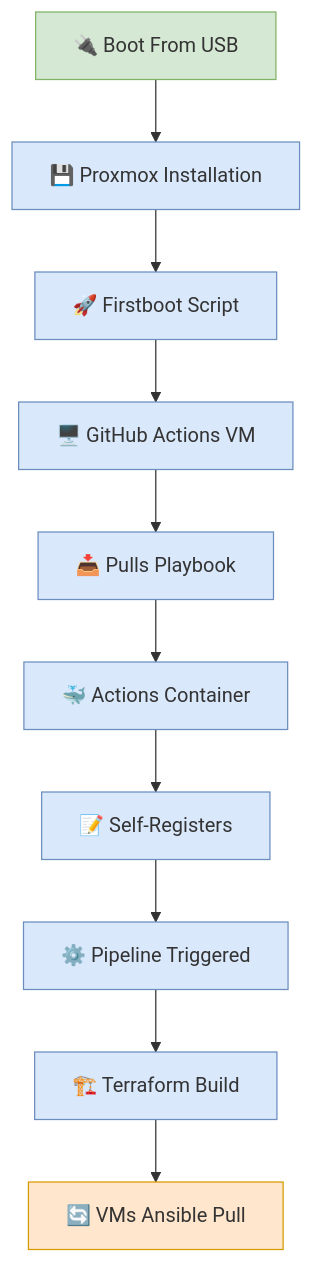
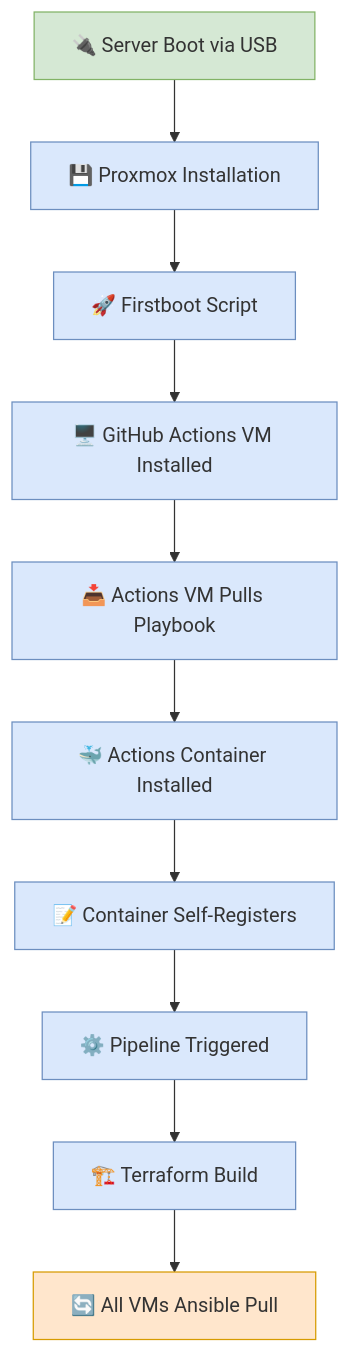
One commit to tekore/HomeOps changed the diagram in README.md. Above: the diagram before and after it, drawn with Mermaid.

Commit message:
README graph updates

````diff
--- a/README.md
+++ b/README.md
@@ -14,28 +14,24 @@
 ```mermaid
 flowchart TD
-    Boot["🔌 Boot From USB"] --> Proxmox["💾 Proxmox Installation"]
+    Boot["🔌 Server Boot via USB"] --> Proxmox["💾 Proxmox Installation"]
     Proxmox --> FirstBoot["🚀 Firstboot Script"]
-    FirstBoot --> GithubVM["🖥️ GitHub Actions VM"]
-    GithubVM --> PullPlaybook["📥 Pulls Playbook"]
-    
-    %% Second row, flowing back to the left
-    PullPlaybook --> ActionsContainer["🐳 Actions Container"]
-    ActionsContainer --> SelfRegister["📝 Self-Registers"]
+    FirstBoot --> GithubVM["🖥️ GitHub Actions VM Installed"]
+    GithubVM --> PullPlaybook["📥 Actions VM Pulls Playbook"]
+    PullPlaybook --> ActionsContainer["🐳 Actions Container Installed"]
+    ActionsContainer --> SelfRegister["📝 Container Self-Registers"]
     SelfRegister --> Pipeline["⚙️ Pipeline Triggered"]
-    
-    %% Third row, flowing right again
     Pipeline --> Terraform["🏗️ Terraform Build"]
-    Terraform --> AnsiblePull["🔄 VMs Ansible Pull"]
-    
+    Terraform --> AnsiblePull["🔄 All VMs Ansible Pull"]
+
     %% Styling
     style Boot fill:#d5e8d4,stroke:#82b366,color:#333
     style Proxmox fill:#dae8fc,stroke:#6c8ebf,color:#333
     style FirstBoot fill:#dae8fc,stroke:#6c8ebf,color:#333
     style GithubVM fill:#dae8fc,stroke:#6c8ebf,color:#333
     style PullPlaybook fill:#dae8fc,stroke:#6c8ebf,color:#333
     style ActionsContainer fill:#dae8fc,stroke:#6c8ebf,color:#333
     style SelfRegister fill:#dae8fc,stroke:#6c8ebf,color:#333
     style Pipeline fill:#dae8fc,stroke:#6c8ebf,color:#333
     style Terraform fill:#dae8fc,stroke:#6c8ebf,color:#333
     style AnsiblePull fill:#ffe6cc,stroke:#d79b00,color:#333
 ```
````
